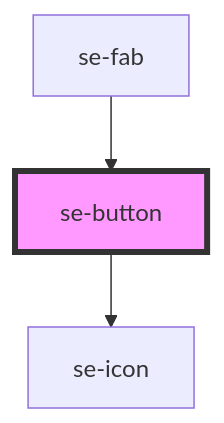
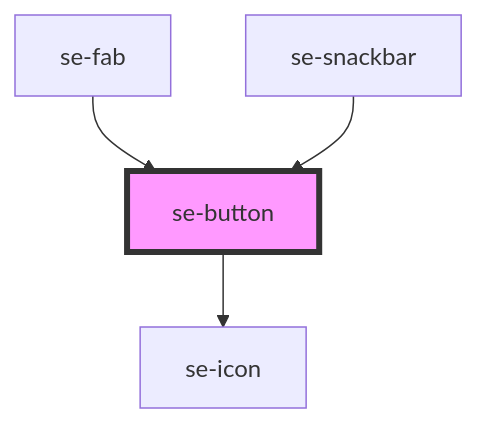
The diagram in libs/core/src/components/button/readme.md (robbiemcmullense/se-web-ui), drawn with Mermaid before and after one commit. The commit also changed other lines of this file and 14 other files, not shown here.

````diff
--- a/libs/core/src/components/button/readme.md
+++ b/libs/core/src/components/button/readme.md
@@ -71,6 +72,7 @@
 ```mermaid
 graph TD;
   se-button --> se-icon
   se-fab --> se-button
+  se-snackbar --> se-button
   style se-button fill:#f9f,stroke:#333,stroke-width:4px
 ```
````
